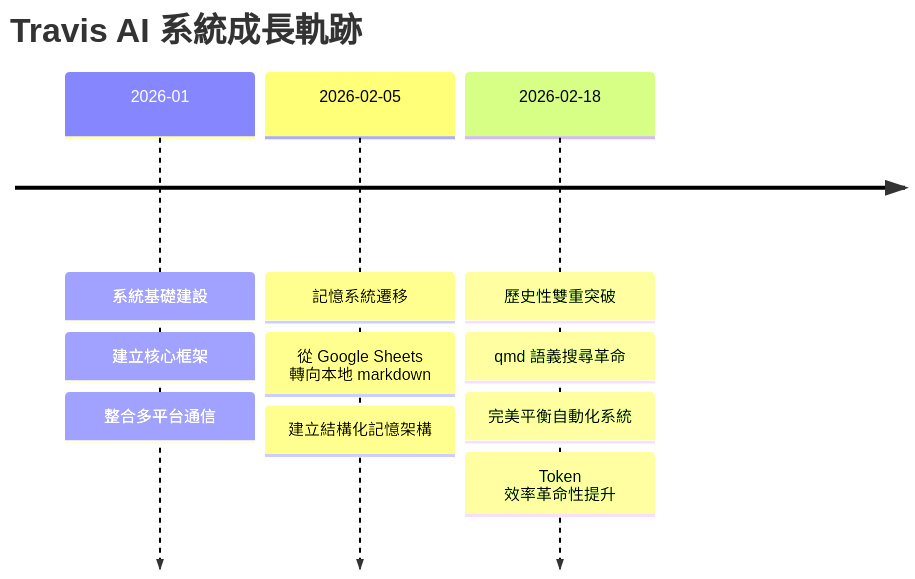
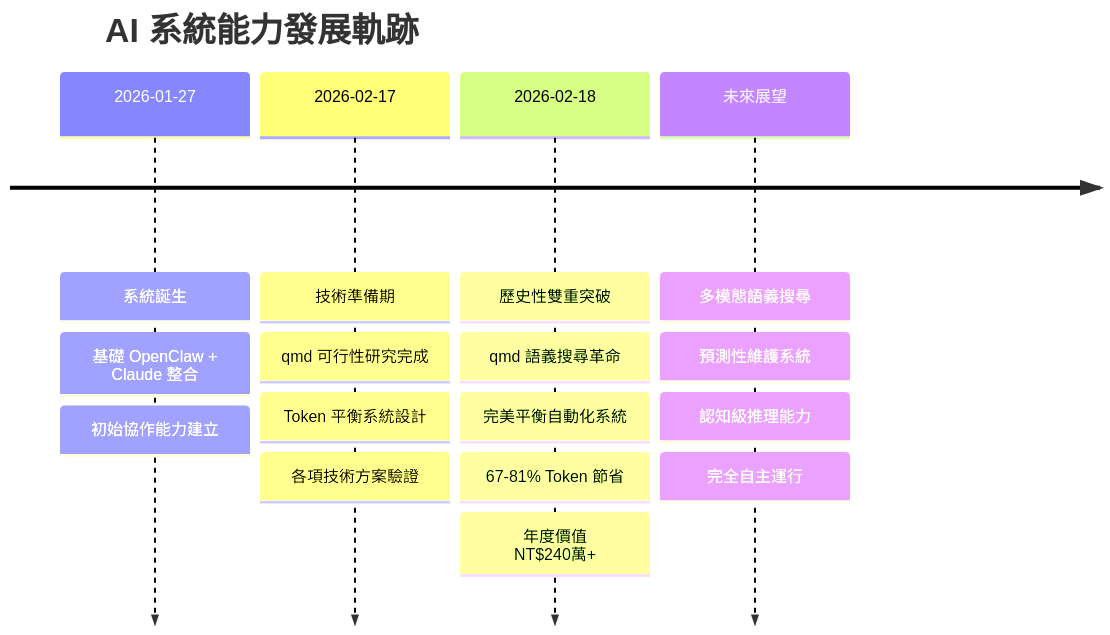
The diagram in content/growth.md (shimotmr/travis-daily), drawn with Mermaid before and after one commit. The commit also changed other lines of this file, not shown here.

````diff
--- a/content/growth.md
+++ b/content/growth.md
@@ -92,17 +152,24 @@
 ```mermaid
 timeline
-    title Travis AI 系統成長軌跡
+    title AI 系統能力發展軌跡
     
-    2026-01 : 系統基礎建設
-           : 建立核心框架
-           : 整合多平台通信
-           
-    2026-02-05 : 記憶系統遷移
-             : 從 Google Sheets 轉向本地 markdown
-             : 建立結構化記憶架構
-             
+    2026-01-27 : 系統誕生
+               : 基礎 OpenClaw + Claude 整合
+               : 初始協作能力建立
+    
+    2026-02-17 : 技術準備期
+               : qmd 可行性研究完成  
+               : Token 平衡系統設計
+               : 各項技術方案驗證
+    
     2026-02-18 : 歷史性雙重突破
-             : qmd 語義搜尋革命
-             : 完美平衡自動化系統
-             : Token 效率革命性提升
+               : qmd 語義搜尋革命
+               : 完美平衡自動化系統
+               : 67-81% Token 節省
+               : 年度價值 NT$240萬+
+    
+    未來展望   : 多模態語義搜尋
+               : 預測性維護系統
+               : 認知級推理能力
+               : 完全自主運行
 ```
````
